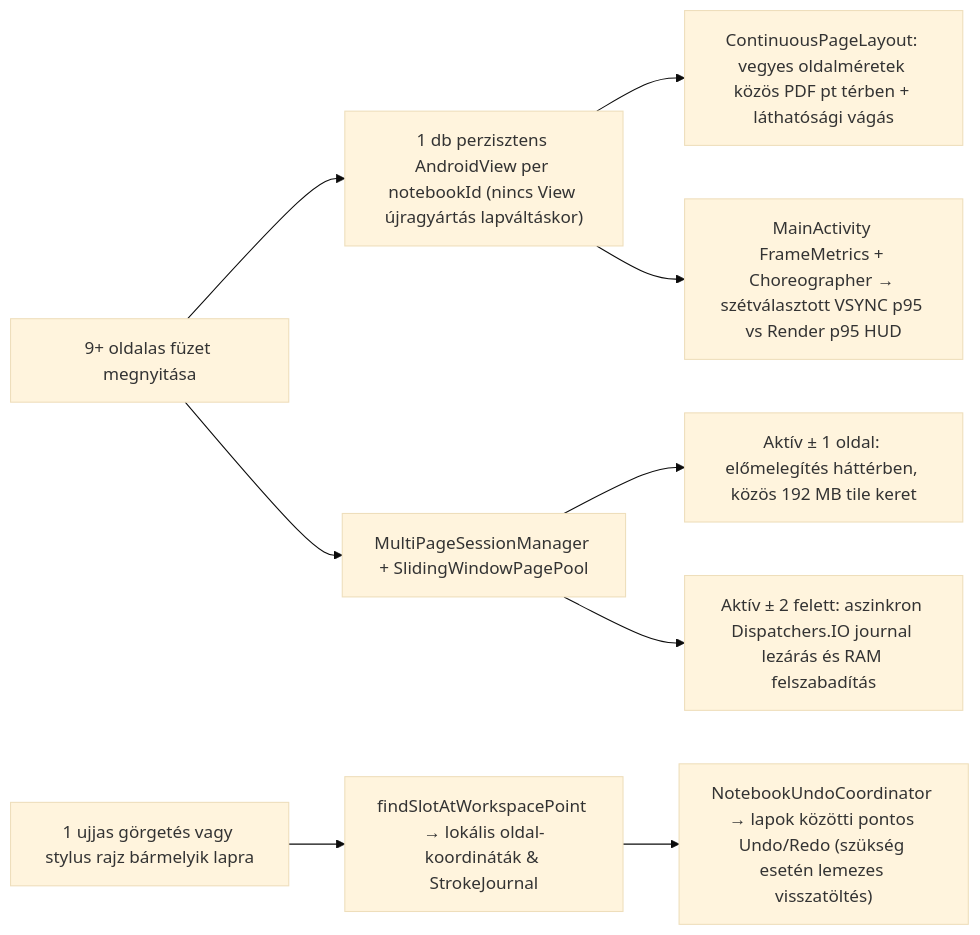
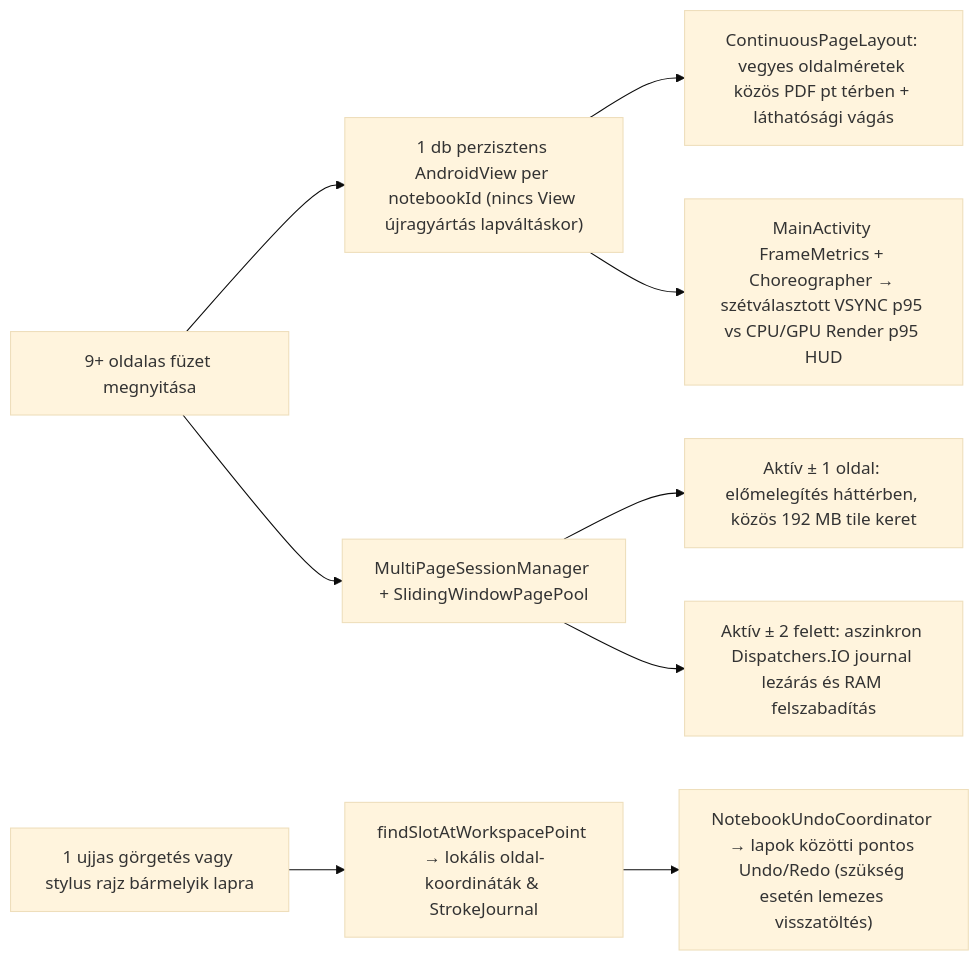
The tenth of 11 diagrams in docs/user_journeys.md (Fruktoz0/Stylusnote), drawn with Mermaid (base theme) before and after one commit. The commit also changed other lines of this file and 31 other files, not shown here.

Commit message:
Debug HUD Javítás, Gemini Modellek, PDF Háttér-Render, Képre Írás & Oldalfiók Miniatűr/Törlés

````diff
--- a/docs/user_journeys.md
+++ b/docs/user_journeys.md
@@ -162,11 +162,11 @@
 ```mermaid
 flowchart LR
     U1["9+ oldalas füzet megnyitása"] --> K1["1 db perzisztens AndroidView per notebookId (nincs View újragyártás lapváltáskor)"]
     K1 --> L1["ContinuousPageLayout: vegyes oldalméretek közös PDF pt térben + láthatósági vágás"]
     U1 --> M1["MultiPageSessionManager + SlidingWindowPagePool"]
     M1 --> W1["Aktív ± 1 oldal: előmelegítés háttérben, közös 192 MB tile keret"]
     M1 --> E1["Aktív ± 2 felett: aszinkron Dispatchers.IO journal lezárás és RAM felszabadítás"]
     S1["1 ujjas görgetés vagy stylus rajz bármelyik lapra"] --> H1["findSlotAtWorkspacePoint → lokális oldal-koordináták & StrokeJournal"]
     H1 --> UN["NotebookUndoCoordinator → lapok közötti pontos Undo/Redo (szükség esetén lemezes visszatöltés)"]
-    K1 --> FM["MainActivity FrameMetrics + Choreographer → szétválasztott VSYNC p95 vs Render p95 HUD"]
+    K1 --> FM["MainActivity FrameMetrics + Choreographer → szétválasztott VSYNC p95 vs CPU/GPU Render p95 HUD"]
 ```
````
